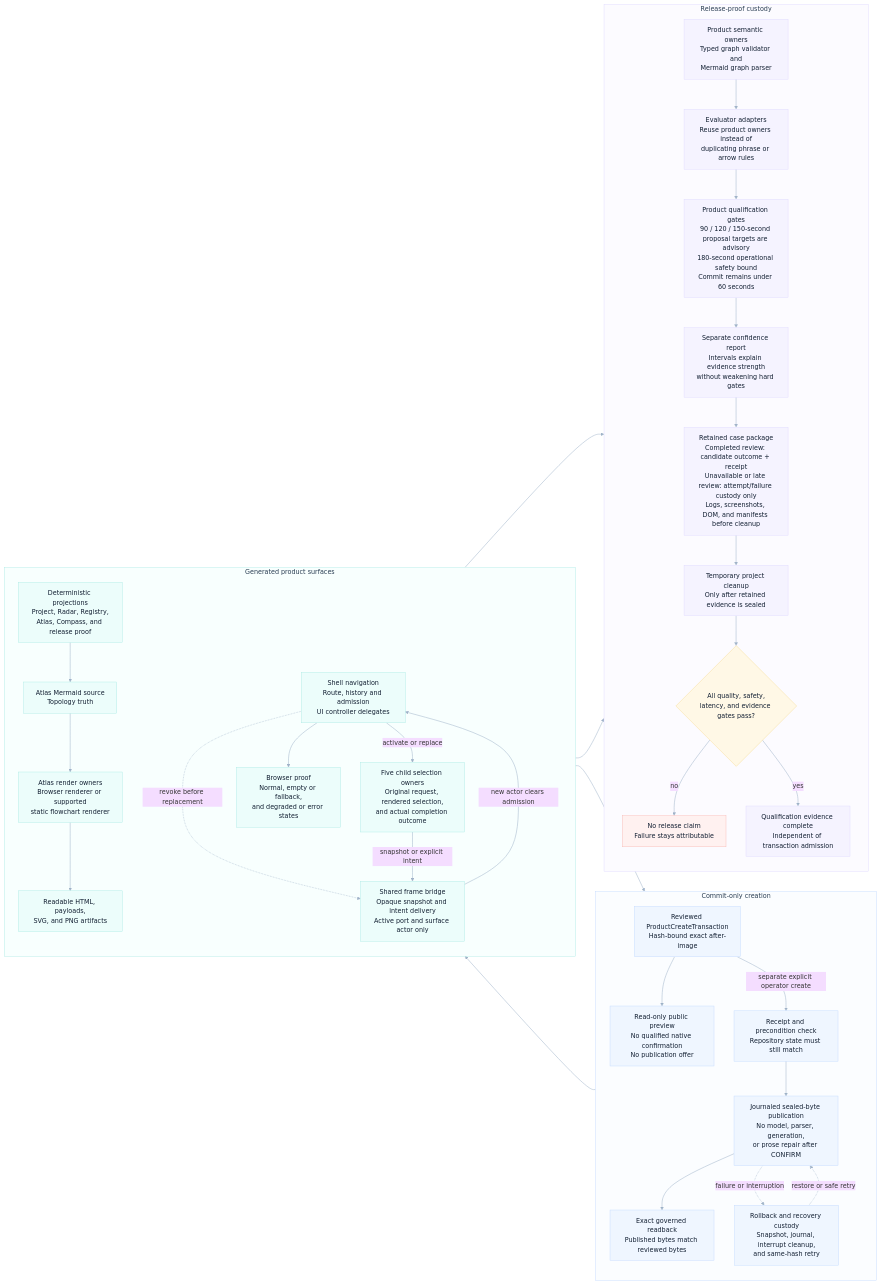
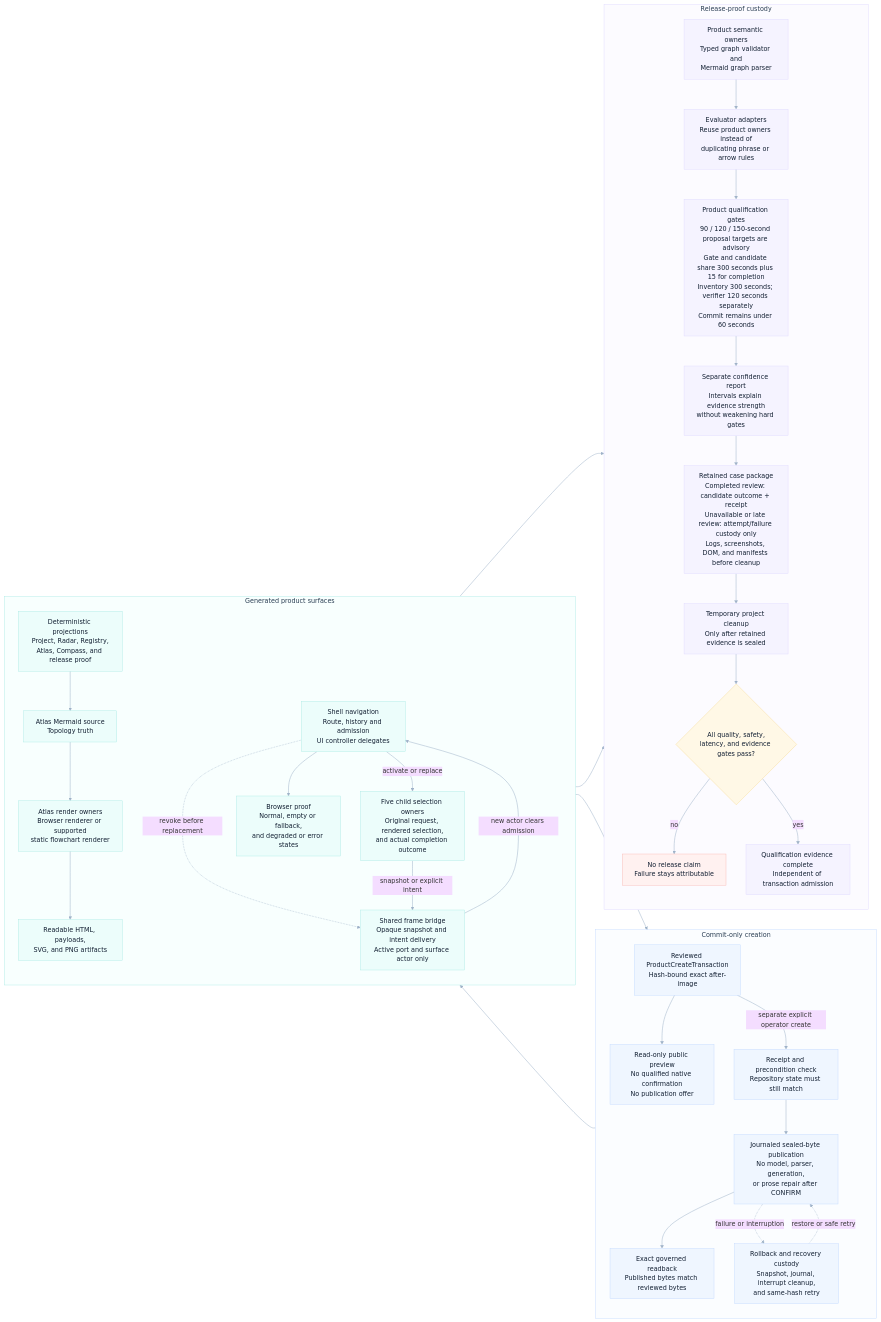
Before and after one commit to odylith/odylith: the diagram in odylith/atlas/source/greenfield-rendered-surface-and-static-atlas-custody.mmd, drawn with Mermaid (base theme). The commit also changed 81 other files, not shown here.

```diff
--- a/odylith/atlas/source/greenfield-rendered-surface-and-static-atlas-custody.mmd
+++ b/odylith/atlas/source/greenfield-rendered-surface-and-static-atlas-custody.mmd
@@ -1,68 +1,68 @@
 flowchart LR
     subgraph transaction_lane["Commit-only creation"]
       direction TB
       reviewed["Reviewed ProductCreateTransaction<br/>Hash-bound exact after-image"]
       preview["Read-only public preview<br/>No qualified native confirmation<br/>No publication offer"]
       preconditions["Receipt and precondition check<br/>Repository state must still match"]
       write["Journaled sealed-byte publication<br/>No model, parser, generation,<br/>or prose repair after CONFIRM"]
       recovery["Rollback and recovery custody<br/>Snapshot, journal, interrupt cleanup,<br/>and same-hash retry"]
       readback["Exact governed readback<br/>Published bytes match reviewed bytes"]
     end
 
     subgraph surface_lane["Generated product surfaces"]
       direction TB
       projections["Deterministic projections<br/>Project, Radar, Registry,<br/>Atlas, Compass, and release proof"]
       atlas_source["Atlas Mermaid source<br/>Topology truth"]
       atlas_render["Atlas render owners<br/>Browser renderer or supported<br/>static flowchart renderer"]
       surfaces["Readable HTML, payloads,<br/>SVG, and PNG artifacts"]
       shell_navigation["Shell navigation<br/>Route, history and admission<br/>UI controller delegates"]
       child_selection["Five child selection owners<br/>Original request, rendered selection,<br/>and actual completion outcome"]
       frame_bridge["Shared frame bridge<br/>Opaque snapshot and intent delivery<br/>Active port and surface actor only"]
       browser["Browser proof<br/>Normal, empty or fallback,<br/>and degraded or error states"]
     end
 
     subgraph evidence_lane["Release-proof custody"]
       direction TB
       product_parser["Product semantic owners<br/>Typed graph validator and<br/>Mermaid graph parser"]
       evaluator["Evaluator adapters<br/>Reuse product owners instead of<br/>duplicating phrase or arrow rules"]
-      strict_gate["Product qualification gates<br/>90 / 120 / 150-second proposal targets are advisory<br/>180-second operational safety bound<br/>Commit remains under 60 seconds"]
+      strict_gate["Product qualification gates<br/>90 / 120 / 150-second proposal targets are advisory<br/>Gate and candidate share 300 seconds plus 15 for completion<br/>Inventory 300 seconds; verifier 120 seconds separately<br/>Commit remains under 60 seconds"]
       confidence["Separate confidence report<br/>Intervals explain evidence strength<br/>without weakening hard gates"]
       retain["Retained case package<br/>Completed review: candidate outcome + receipt<br/>Unavailable or late review: attempt/failure custody only<br/>Logs, screenshots, DOM, and manifests before cleanup"]
       cleanup["Temporary project cleanup<br/>Only after retained evidence is sealed"]
       release{"All quality, safety,<br/>latency, and evidence gates pass?"}
       blocker["No release claim<br/>Failure stays attributable"]
       qualified["Qualification evidence complete<br/>Independent of transaction admission"]
     end
 
     reviewed --> preview
     reviewed -- "separate explicit operator create" --> preconditions --> write --> readback
     write -. "failure or interruption" .-> recovery
     recovery -. "restore or safe retry" .-> write
     projections --> atlas_source --> atlas_render --> surfaces --> reviewed
     readback --> shell_navigation
     shell_navigation -- "activate or replace" --> child_selection
     shell_navigation -. "revoke before replacement" .-> frame_bridge
     child_selection -- "snapshot or explicit intent" --> frame_bridge
     frame_bridge -- "new actor clears admission" --> shell_navigation
     shell_navigation --> browser
     product_parser --> evaluator
     projections --> evaluator
     browser --> evaluator --> strict_gate --> confidence --> retain --> cleanup --> release
     release -- "no" --> blocker
     release -- "yes" --> qualified
 
     classDef primary fill:#EFF6FF,stroke:#BFD7FE,color:#132033,stroke-width:1px;
     classDef execution fill:#ECFDFB,stroke:#A7E9E3,color:#132033,stroke-width:1px;
     classDef governance fill:#F5F3FF,stroke:#DDD6FE,color:#132033,stroke-width:1px;
     classDef constraint fill:#FFF8E6,stroke:#F6D98B,color:#132033,stroke-width:1px;
     classDef invalid fill:#FFF1F0,stroke:#F7B4AE,color:#132033,stroke-width:1px;
     class reviewed,preview,preconditions,write,recovery,readback primary;
     class projections,atlas_source,atlas_render,surfaces,shell_navigation,child_selection,frame_bridge,browser execution;
     class product_parser,evaluator,strict_gate,confidence,retain,cleanup,qualified governance;
     class release constraint;
     class blocker invalid;
 
     style transaction_lane fill:#FBFDFF,stroke:#BFD7FE,stroke-width:1px,color:#293D52
     style surface_lane fill:#F8FFFE,stroke:#A7E9E3,stroke-width:1px,color:#293D52
     style evidence_lane fill:#FCFBFF,stroke:#DDD6FE,stroke-width:1px,color:#293D52
     linkStyle default stroke:#9FB2C8,stroke-width:1.25px
```
